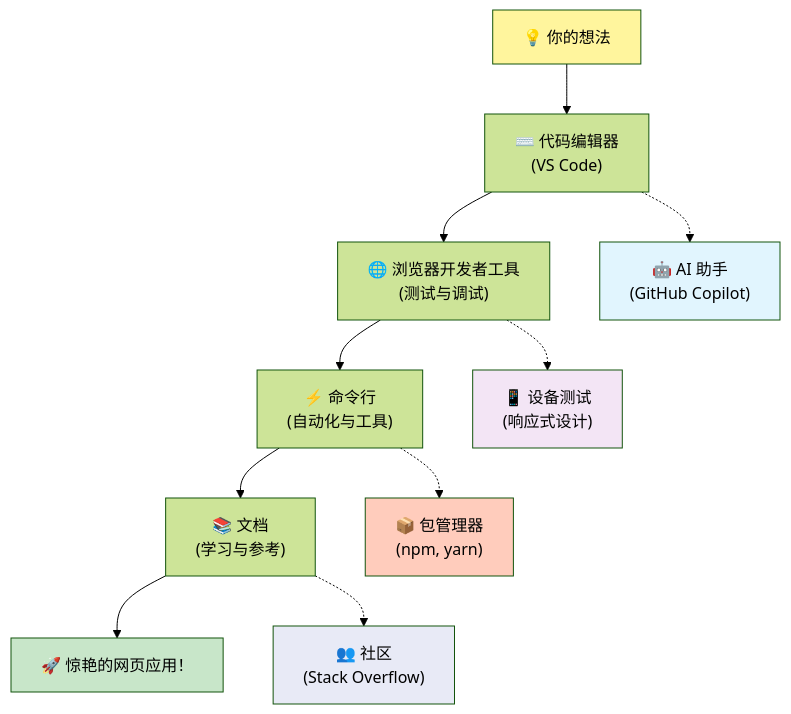
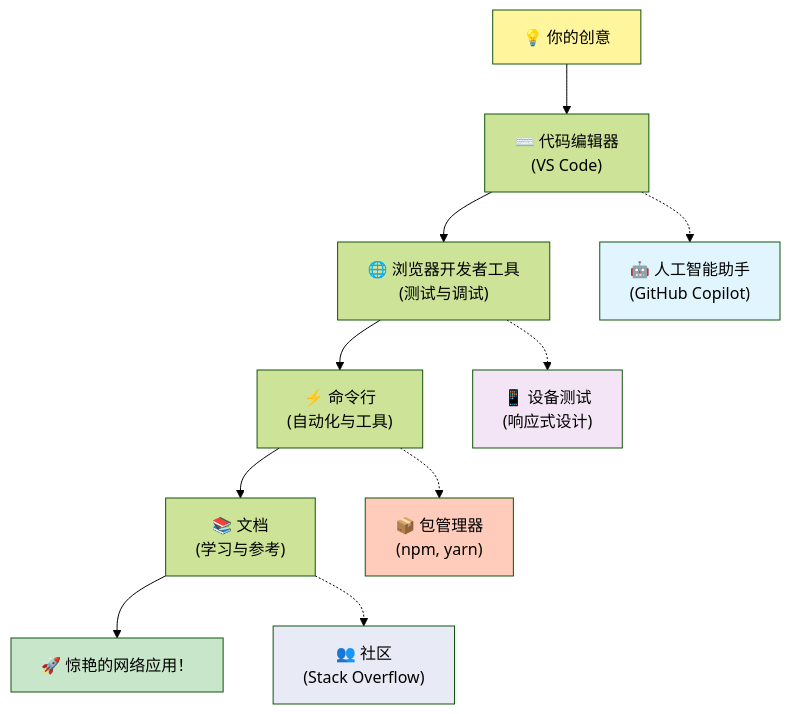
Before and after one commit to microsoft/Web-Dev-For-Beginners: the fifth of 7 diagrams in translations/zh-CN/1-getting-started-lessons/1-intro-to-programming-languages/README.md, drawn with Mermaid (forest theme). The commit also changed other lines of this file and 11 other files, not shown here.

````diff
--- a/translations/zh-CN/1-getting-started-lessons/1-intro-to-programming-languages/README.md
+++ b/translations/zh-CN/1-getting-started-lessons/1-intro-to-programming-languages/README.md
@@ -486,20 +489,20 @@
 ```mermaid
 graph TD
-    A["💡 你的想法"] --> B["⌨️ 代码编辑器<br/>(VS Code)"] 
+    A["💡 你的创意"] --> B["⌨️ 代码编辑器<br/>(VS Code)"] 
     B --> C["🌐 浏览器开发者工具<br/>(测试与调试)"]
     C --> D["⚡ 命令行<br/>(自动化与工具)"]
     D --> E["📚 文档<br/>(学习与参考)"]
-    E --> F["🚀 惊艳的网页应用！"]
+    E --> F["🚀 惊艳的网络应用！"]
     
-    B -.-> G["🤖 AI 助手<br/>(GitHub Copilot)"]
+    B -.-> G["🤖 人工智能助手<br/>(GitHub Copilot)"]
     C -.-> H["📱 设备测试<br/>(响应式设计)"]
     D -.-> I["📦 包管理器<br/>(npm, yarn)"]
     E -.-> J["👥 社区<br/>(Stack Overflow)"]
     
     style A fill:#fff59d
     style F fill:#c8e6c9
     style G fill:#e1f5fe
     style H fill:#f3e5f5
     style I fill:#ffccbc
     style J fill:#e8eaf6
 ```
````
